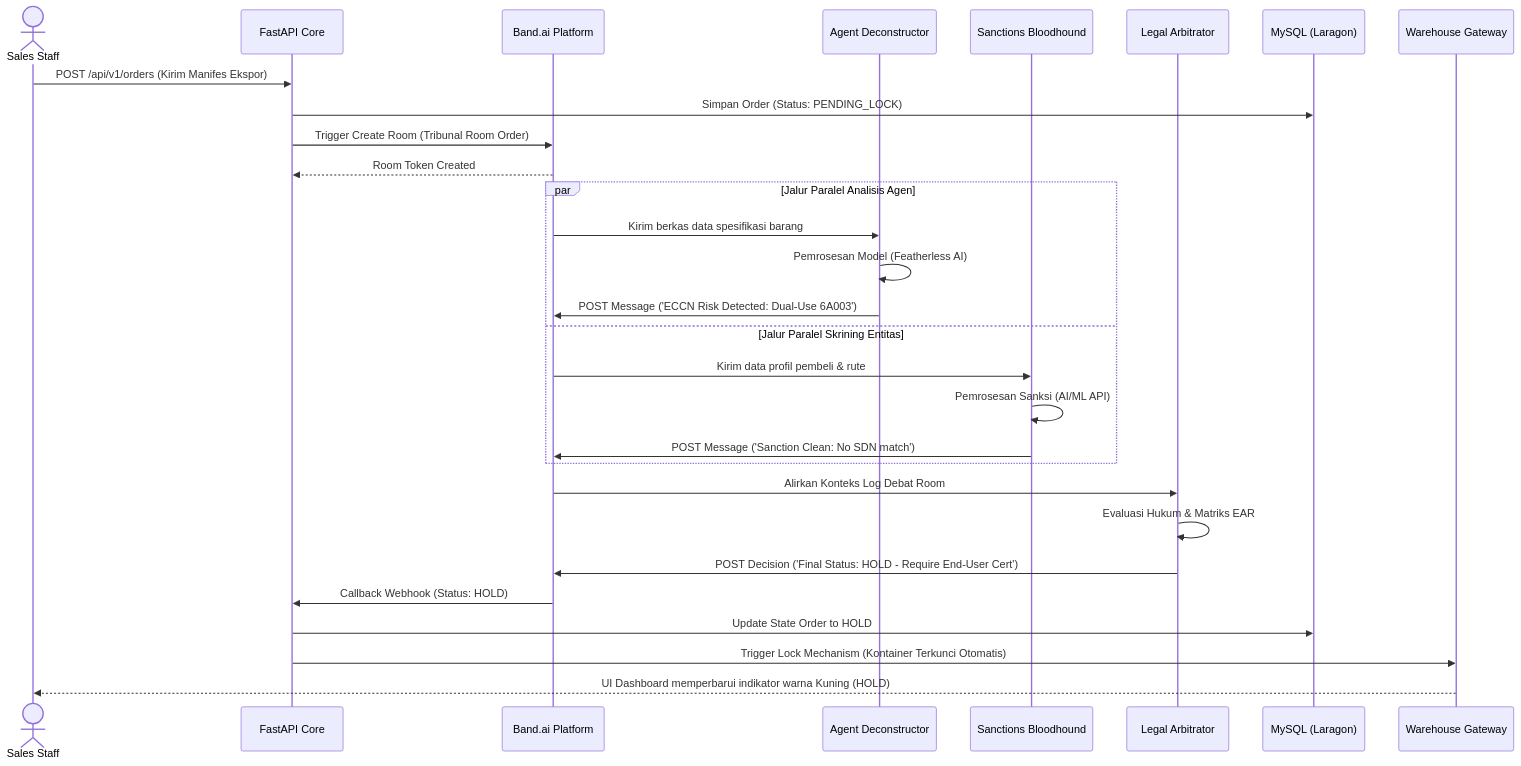
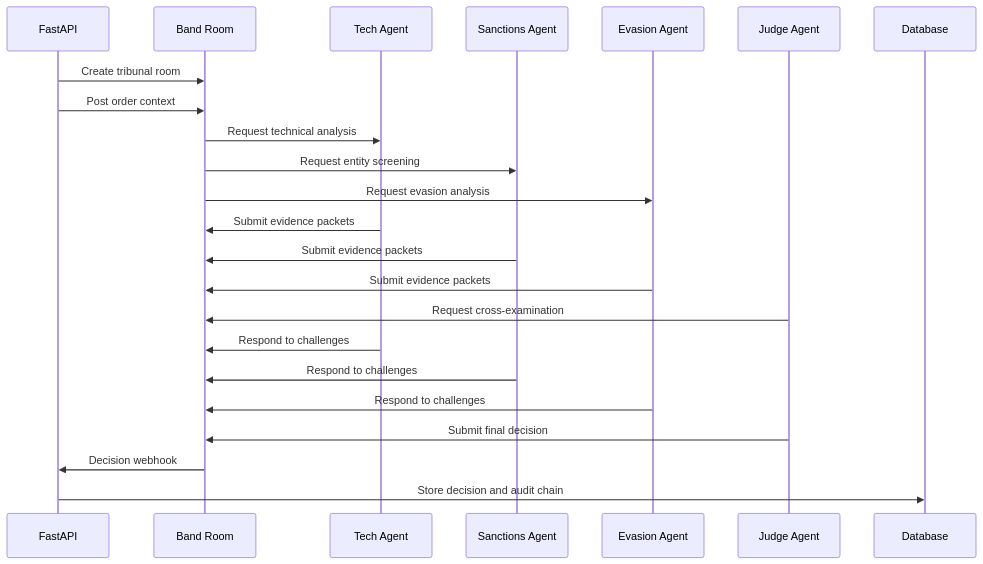
One commit to Mubax5/LogAegistic changed the second of 2 diagrams in README.md. Above: the diagram before and after it, drawn with Mermaid. The commit also changed other lines of this file, not shown here.

````diff
--- a/README.md
+++ b/README.md
@@ -480,35 +635,26 @@
 ```mermaid
 sequenceDiagram
-    actor Sales as Sales Staff
-    participant API as FastAPI Core
-    participant Band as Band.ai Platform
-    participant Ag1 as Agent Deconstructor
-    participant Ag2 as Sanctions Bloodhound
-    participant Ag3 as Legal Arbitrator
-    participant DB as MySQL (Laragon)
-    participant Lock as Warehouse Gateway
+    participant API as FastAPI
+    participant Band as Band Room
+    participant A1 as Tech Agent
+    participant A2 as Sanctions Agent
+    participant A3 as Evasion Agent
+    participant A4 as Judge Agent
+    participant DB as Database
 
-    Sales->>API: POST /api/v1/orders (Kirim Manifes Ekspor)
-    API->>DB: Simpan Order (Status: PENDING_LOCK)
-    API->>Band: Trigger Create Room (Tribunal Room Order)
-    Band-->>API: Room Token Created
-
-    par Jalur Paralel Analisis Agen
-        Band->>Ag1: Kirim berkas data spesifikasi barang
-        Ag1->>Ag1: Pemrosesan Model (Featherless AI)
-        Ag1->>Band: POST Message ('ECCN Risk Detected: Dual-Use 6A003')
-    and Jalur Paralel Skrining Entitas
-        Band->>Ag2: Kirim data profil pembeli & rute
-        Ag2->>Ag2: Pemrosesan Sanksi (AI/ML API)
-        Ag2->>Band: POST Message ('Sanction Clean: No SDN match')
-    end
-
-    Band->>Ag3: Alirkan Konteks Log Debat Room
-    Ag3->>Ag3: Evaluasi Hukum & Matriks EAR
-    Ag3->>Band: POST Decision ('Final Status: HOLD - Require End-User Cert')
-    Band->>API: Callback Webhook (Status: HOLD)
-    API->>DB: Update State Order to HOLD
-    API->>Lock: Trigger Lock Mechanism (Kontainer Terkunci Otomatis)
-    Lock-->>Sales: UI Dashboard memperbarui indikator warna Kuning (HOLD)
-
+    API->>Band: Create tribunal room
+    API->>Band: Post order context
+    Band->>A1: Request technical analysis
+    Band->>A2: Request entity screening
+    Band->>A3: Request evasion analysis
+    A1->>Band: Submit evidence packets
+    A2->>Band: Submit evidence packets
+    A3->>Band: Submit evidence packets
+    A4->>Band: Request cross-examination
+    A1->>Band: Respond to challenges
+    A2->>Band: Respond to challenges
+    A3->>Band: Respond to challenges
+    A4->>Band: Submit final decision
+    Band->>API: Decision webhook
+    API->>DB: Store decision and audit chain
 ```
````
